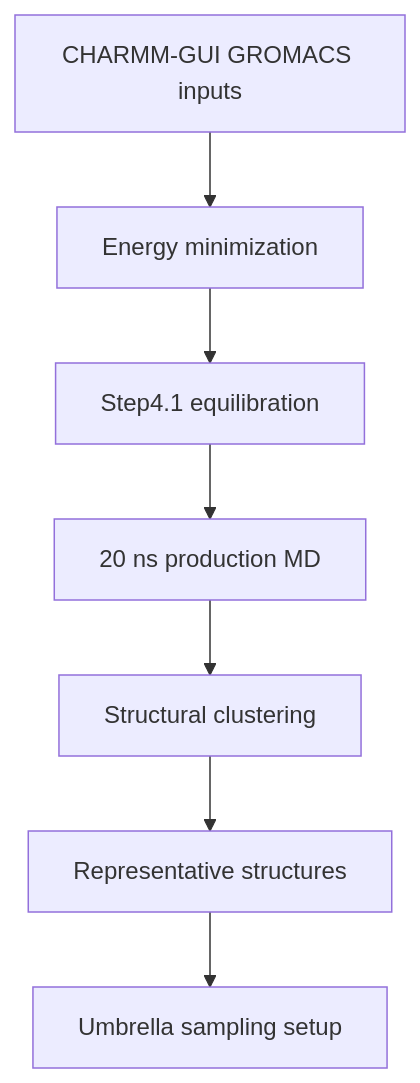
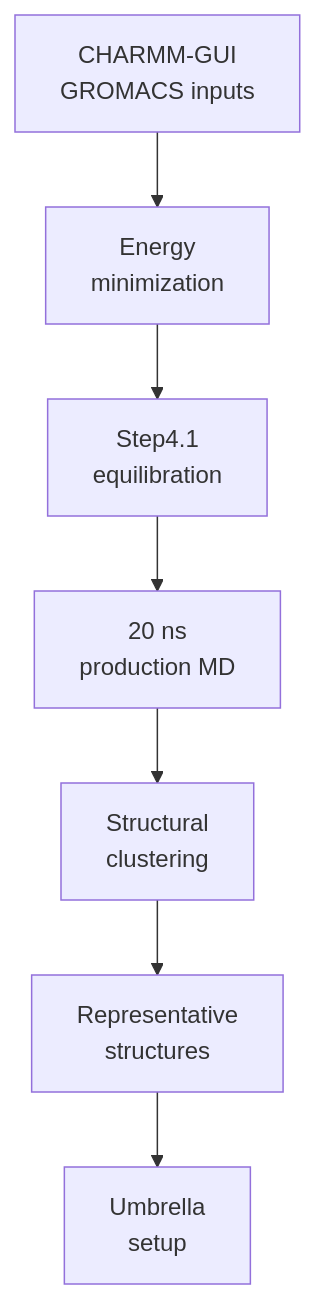
The diagram in 01_computational_discovery/md/README.md (jackyissocute/LiSPER), drawn with Mermaid before and after one commit. The commit also changed other lines of this file and 64 other files, not shown here.

````diff
--- a/01_computational_discovery/md/README.md
+++ b/01_computational_discovery/md/README.md
@@ -5,9 +5,20 @@
 ```mermaid
 flowchart TD
-    A["CHARMM-GUI GROMACS inputs"] --> B["Energy minimization"]
-    B --> C["Step4.1 equilibration"]
-    C --> D["20 ns production MD"]
-    D --> E["Structural clustering"]
-    E --> F["Representative structures"]
-    F --> G["Umbrella sampling setup"]
+    accTitle: Molecular Dynamics Workflow
+    accDescr: GROMACS inputs from CHARMM-GUI are minimized, equilibrated, run through production MD, clustered, and prepared for umbrella sampling.
+
+    inputs["CHARMM-GUI<br/>GROMACS inputs"]
+    minimization["Energy<br/>minimization"]
+    equilibration["Step4.1<br/>equilibration"]
+    production["20 ns<br/>production MD"]
+    clustering["Structural<br/>clustering"]
+    representatives["Representative<br/>structures"]
+    umbrella_setup["Umbrella<br/>setup"]
+
+    inputs --> minimization
+    minimization --> equilibration
+    equilibration --> production
+    production --> clustering
+    clustering --> representatives
+    representatives --> umbrella_setup
 ```
````
